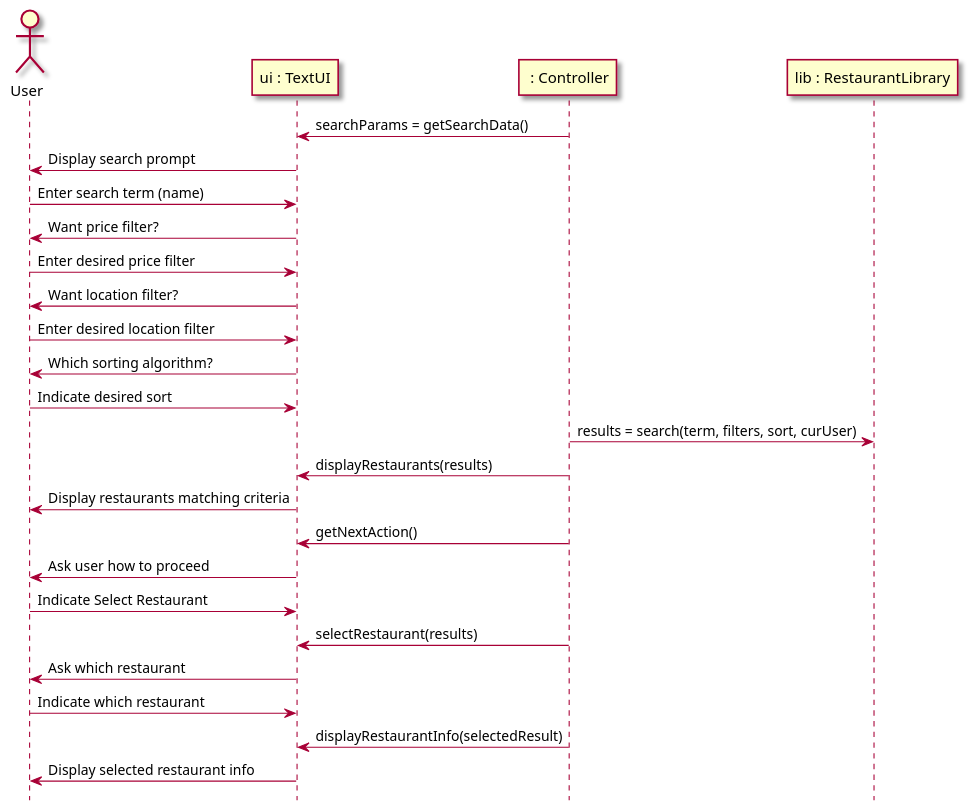
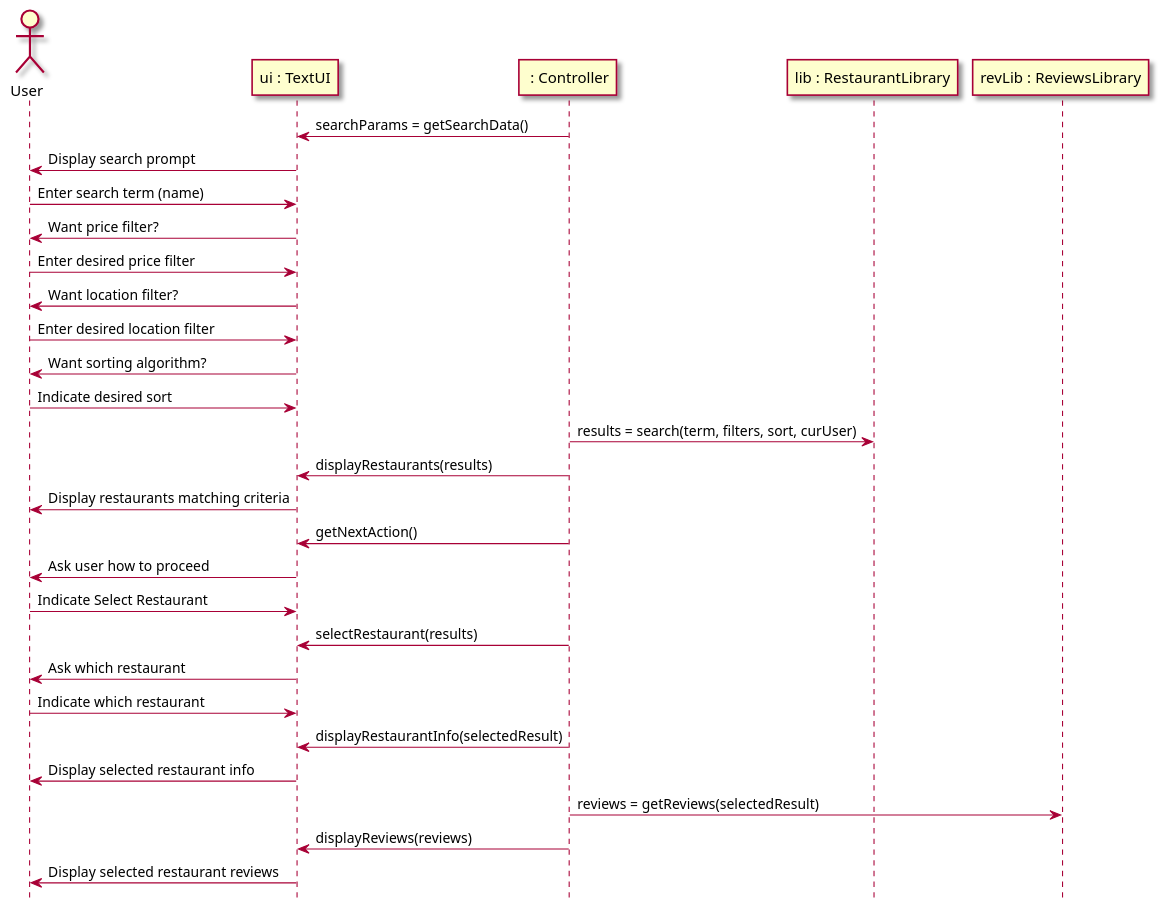
The first of 3 diagrams in intellij/doc/design.md (tanwasp/LunchBox-Android), drawn with PlantUML before and after one commit. The commit also changed other lines of this file and 4 other files, not shown here.

Commit message:
changed sequence, design class diagrams and made fields private

````diff
--- a/intellij/doc/design.md
+++ b/intellij/doc/design.md
@@ -5,33 +5,37 @@
 ```plantuml
 @startuml
 hide footbox
 skin rose
 
 actor User as user
 participant "ui : TextUI" as ui
 participant " : Controller" as controller
 participant "lib : RestaurantLibrary" as lib
+participant "revLib : ReviewsLibrary" as revLib
 
 controller -> ui: searchParams = getSearchData()
 ui -> user : Display search prompt
 user -> ui : Enter search term (name)
 ui -> user : Want price filter?
 user -> ui : Enter desired price filter
 ui -> user : Want location filter?
 user -> ui : Enter desired location filter
-ui -> user : Which sorting algorithm?
+ui -> user : Want sorting algorithm?
 user -> ui : Indicate desired sort
 controller -> lib : results = search(term, filters, sort, curUser)
 controller -> ui : displayRestaurants(results)
 ui -> user : Display restaurants matching criteria
 controller -> ui : getNextAction()
 ui -> user : Ask user how to proceed
 user -> ui : Indicate Select Restaurant
 controller -> ui : selectRestaurant(results)
 ui -> user : Ask which restaurant
 user -> ui : Indicate which restaurant
 controller -> ui : displayRestaurantInfo(selectedResult)
 ui -> user : Display selected restaurant info
+controller -> revLib : reviews = getReviews(selectedResult)
+controller -> ui : displayReviews(reviews)
+ui -> user : Display selected restaurant reviews
 
 @enduml
 ```
````
